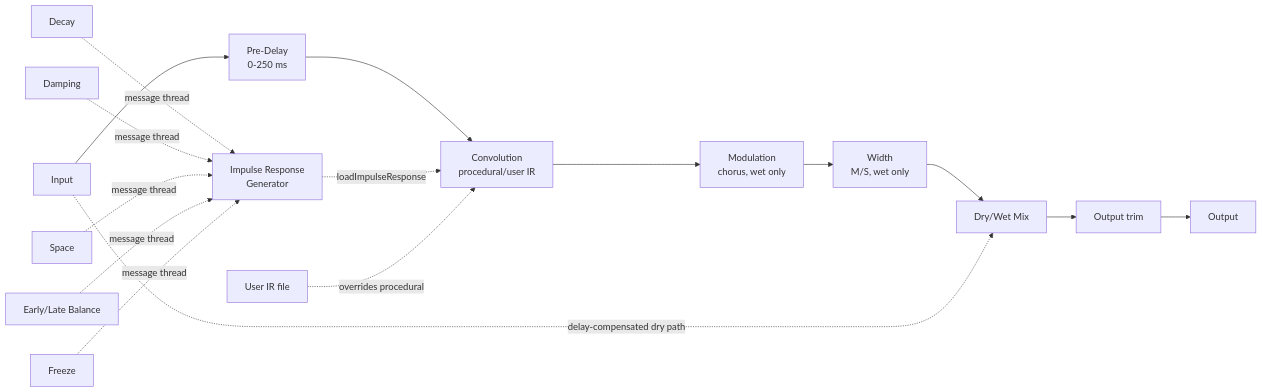
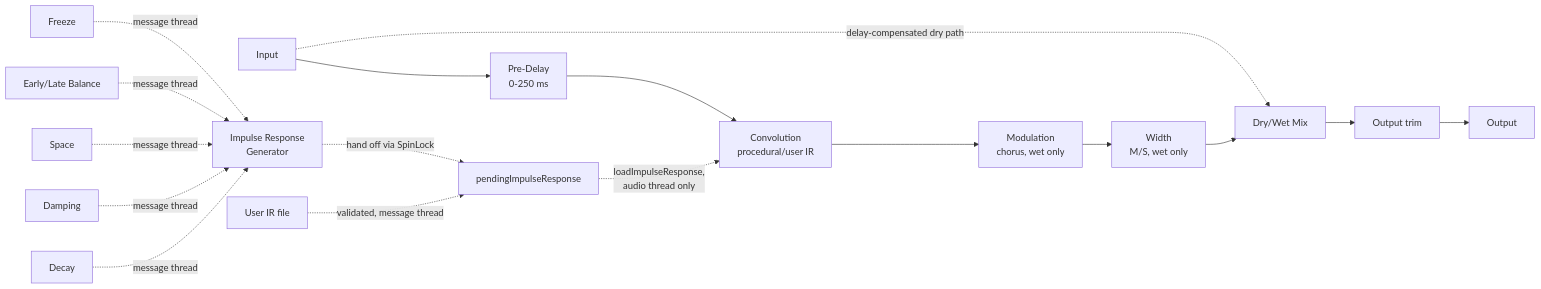
One commit to metal-up-your-ass/requiem changed the diagram in docs/architecture.md. Above: the diagram before and after it, drawn with Mermaid. The commit also changed other lines of this file and 4 other files, not shown here.

First line of the commit message:
fix(dsp): make Convolution::loadImpulseResponse() calls audio-thread-only

````diff
--- a/docs/architecture.md
+++ b/docs/architecture.md
@@ -5,19 +5,20 @@
 ```mermaid
 flowchart LR
     IN[Input] --> PD[Pre-Delay<br/>0-250 ms]
     PD --> CONV[Convolution<br/>procedural/user IR]
     CONV --> MOD[Modulation<br/>chorus, wet only]
     MOD --> WIDTH[Width<br/>M/S, wet only]
     WIDTH --> MIX[Dry/Wet Mix]
     IN -.->|delay-compensated dry path| MIX
     MIX --> OUT_GAIN[Output trim]
     OUT_GAIN --> OUT[Output]
 
     DECAY[Decay] -.->|message thread| IRGEN[Impulse Response<br/>Generator]
     DAMPING[Damping] -.->|message thread| IRGEN
     SPACE[Space] -.->|message thread| IRGEN
     BALANCE[Early/Late Balance] -.->|message thread| IRGEN
     FREEZE[Freeze] -.->|message thread| IRGEN
-    IRGEN -.->|loadImpulseResponse| CONV
-    USERIR[User IR file] -.->|overrides procedural| CONV
+    IRGEN -.->|hand off via SpinLock| PENDING[pendingImpulseResponse]
+    PENDING -.->|loadImpulseResponse,<br/>audio thread only| CONV
+    USERIR[User IR file] -.->|validated, message thread| PENDING
 ```
````
